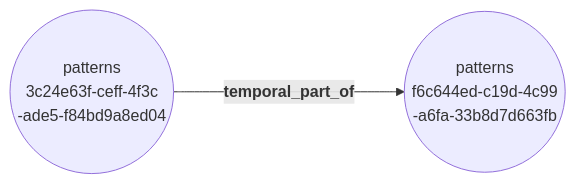
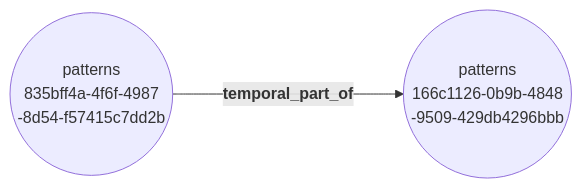
Before and after one commit to ClimbingAl/HqdmPatterns: the diagram in docs/extras/example-files/relNodeEdgeGraph.mermaid, drawn with Mermaid. The commit also changed 53 other files, not shown here.

````diff
--- a/docs/extras/example-files/relNodeEdgeGraph.mermaid
+++ b/docs/extras/example-files/relNodeEdgeGraph.mermaid
@@ -1,4 +1,4 @@
 ``` mermaid
 graph LR
-  3c24e63f-ceff-4f3c-ade5-f84bd9a8ed04(("patterns <br> 3c24e63f-ceff-4f3c <br> -ade5-f84bd9a8ed04"))--->|"<b> temporal_part_of"|f6c644ed-c19d-4c99-a6fa-33b8d7d663fb(("patterns <br> f6c644ed-c19d-4c99 <br> -a6fa-33b8d7d663fb"));
+  835bff4a-4f6f-4987-8d54-f57415c7dd2b(("patterns <br> 835bff4a-4f6f-4987 <br> -8d54-f57415c7dd2b"))--->|"<b> temporal_part_of"|166c1126-0b9b-4848-9509-429db4296bbb(("patterns <br> 166c1126-0b9b-4848 <br> -9509-429db4296bbb"));
 ```
````
